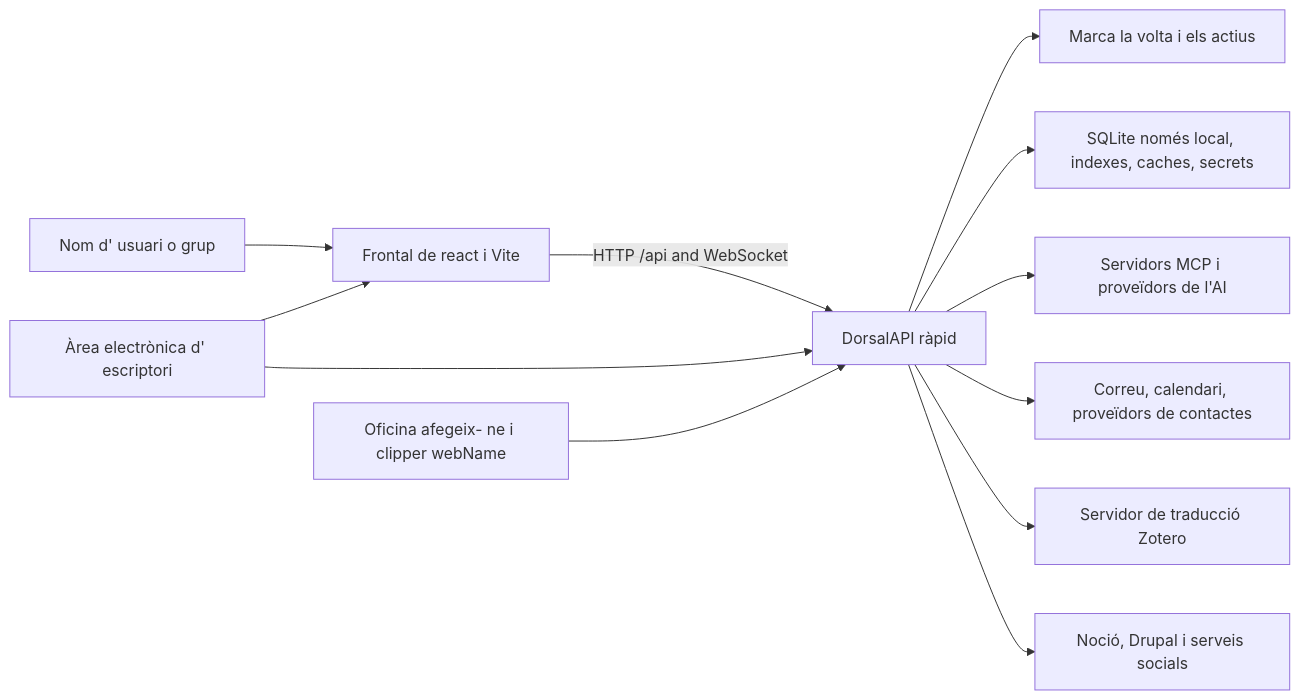
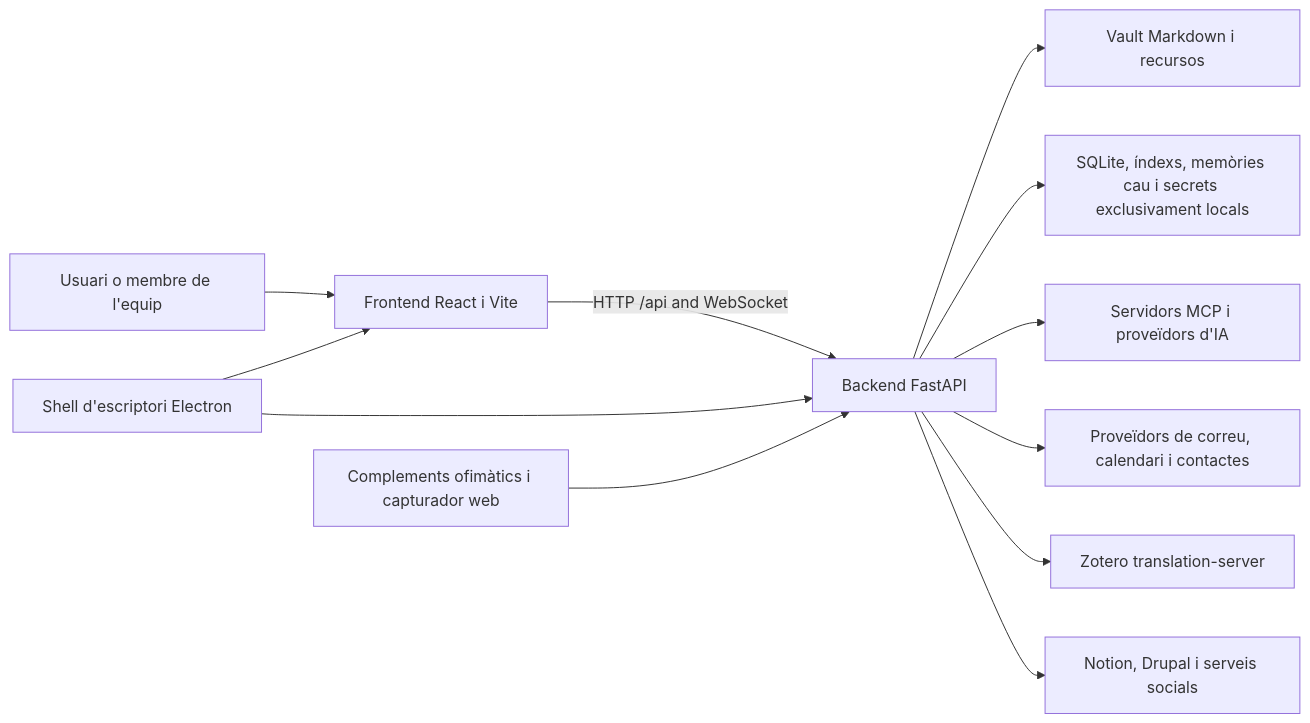
The diagram in docs/engineering-ca/architecture/system-context.md (ismigar/Gnosi), drawn with Mermaid before and after one commit. The commit also changed other lines of this file and 96 other files, not shown here.

````diff
--- a/docs/engineering-ca/architecture/system-context.md
+++ b/docs/engineering-ca/architecture/system-context.md
@@ -33,14 +33,14 @@
 ```mermaid
 flowchart LR
-    User["Nom d' usuari o grup"] --> UI["Frontal de react i Vite"]
-    UI -->|HTTP /api and WebSocket| API["DorsalAPI ràpid"]
-    API --> Vault["Marca la volta i els actius"]
-    API --> Local["SQLite només local, indexes, caches, secrets"]
-    API --> MCP["Servidors MCP i proveïdors de l'AI"]
-    API --> Comms["Correu, calendari, proveïdors de contactes"]
-    API --> Zotero["Servidor de traducció Zotero"]
-    API --> Publish["Noció, Drupal i serveis socials"]
-    Desktop["Àrea electrònica d' escriptori"] --> UI
+    User["Usuari o membre de l'equip"] --> UI["Frontend React i Vite"]
+    UI -->|HTTP /api and WebSocket| API["Backend FastAPI"]
+    API --> Vault["Vault Markdown i recursos"]
+    API --> Local["SQLite, índexs, memòries cau i secrets exclusivament locals"]
+    API --> MCP["Servidors MCP i proveïdors d'IA"]
+    API --> Comms["Proveïdors de correu, calendari i contactes"]
+    API --> Zotero["Zotero translation-server"]
+    API --> Publish["Notion, Drupal i serveis socials"]
+    Desktop["Shell d'escriptori Electron"] --> UI
     Desktop --> API
-    Office["Oficina afegeix- ne i clipper webName"] --> API
+    Office["Complements ofimàtics i capturador web"] --> API
 ```
````
